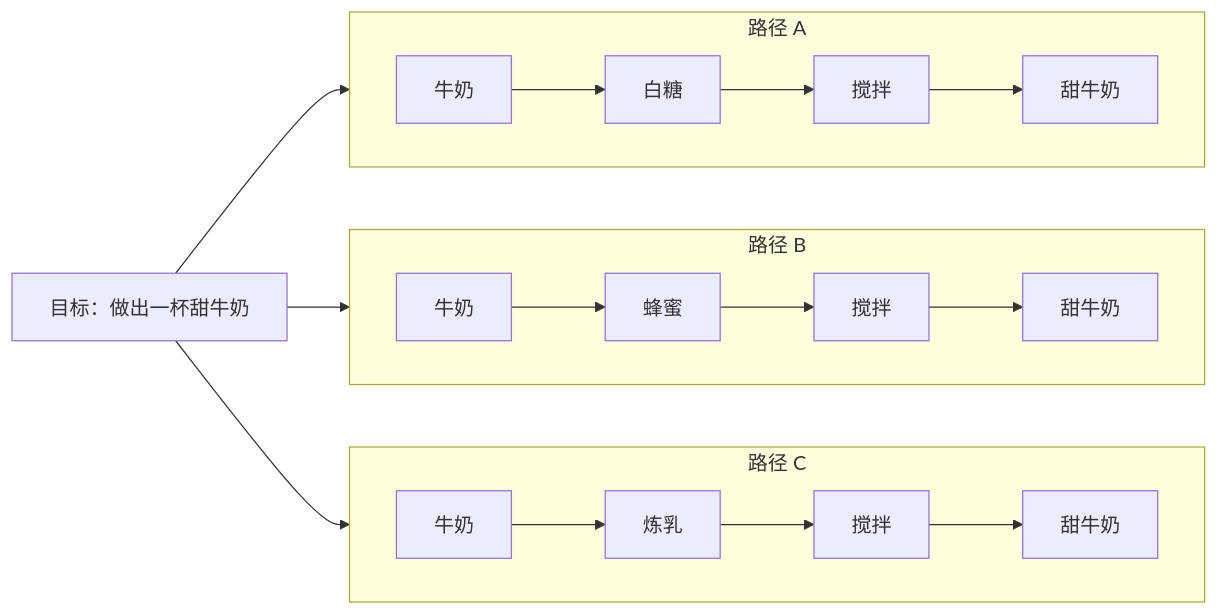
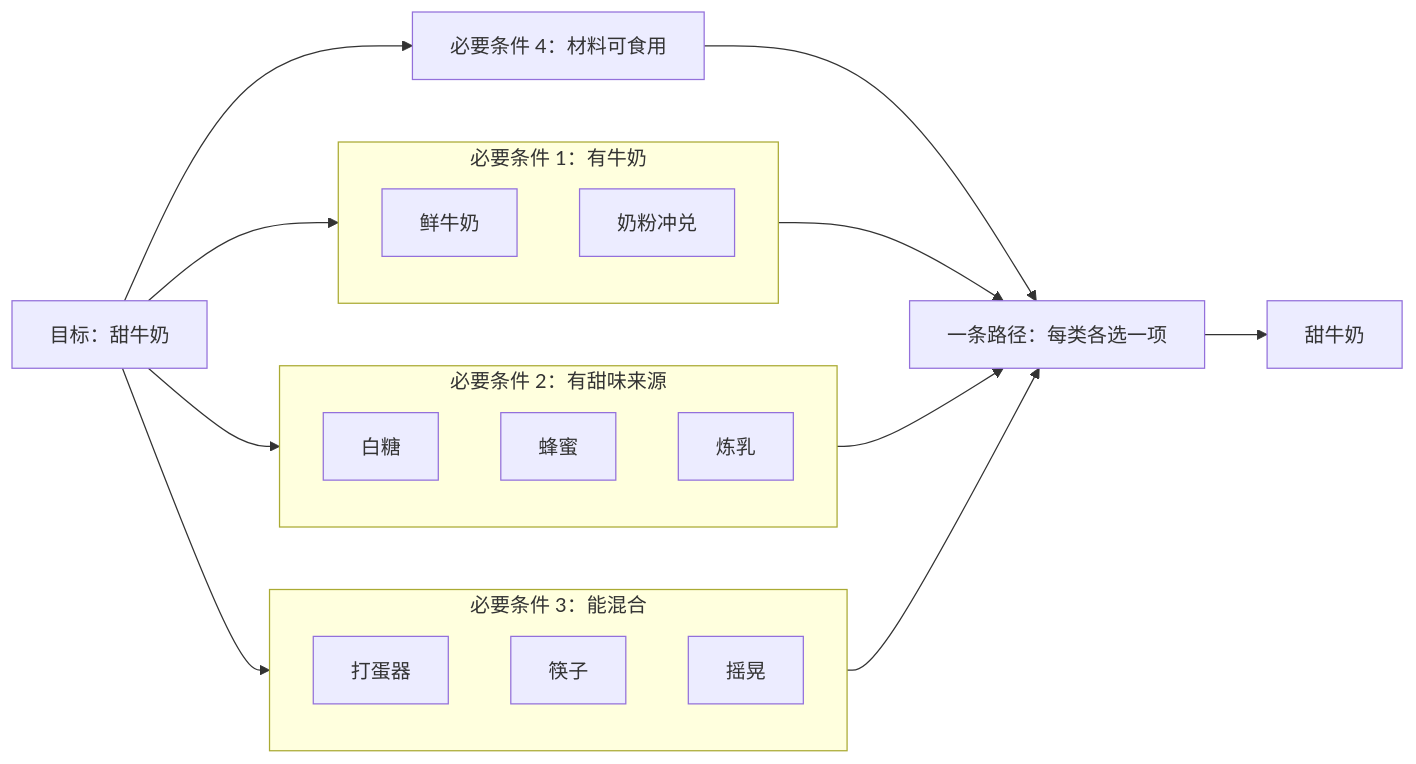
Before and after one commit to morewhyhan/Ignite: the second of 2 diagrams in docs/GOAL.md, drawn with Mermaid. The commit also changed other lines of this file and 2 other files, not shown here.

````diff
--- a/docs/GOAL.md
+++ b/docs/GOAL.md
@@ -141,19 +154,31 @@
 ```mermaid
 flowchart LR
-  G["目标：做出一杯甜牛奶"]
-  subgraph PA["路径 A"]
-    direction LR
-    A1["牛奶"] --> A2["白糖"] --> A3["搅拌"] --> AR["甜牛奶"]
+  G["目标：甜牛奶"]
+  subgraph C1["必要条件 1：有牛奶"]
+    direction TB
+    C1a["鲜牛奶"]
+    C1b["奶粉冲兑"]
   end
-  subgraph PB["路径 B"]
-    direction LR
-    B1["牛奶"] --> B2["蜂蜜"] --> B3["搅拌"] --> BR["甜牛奶"]
+  subgraph C2["必要条件 2：有甜味来源"]
+    direction TB
+    C2a["白糖"]
+    C2b["蜂蜜"]
+    C2c["炼乳"]
   end
-  subgraph PC["路径 C"]
-    direction LR
-    C1["牛奶"] --> C2["炼乳"] --> C3["搅拌"] --> CR["甜牛奶"]
+  subgraph C3["必要条件 3：能混合"]
+    direction TB
+    C3a["打蛋器"]
+    C3b["筷子"]
+    C3c["摇晃"]
   end
-  G --> PA
-  G --> PB
-  G --> PC
+  C4["必要条件 4：材料可食用"]
+  G --> C1
+  G --> C2
+  G --> C3
+  G --> C4
+  C1 --> P["一条路径：每类各选一项"]
+  C2 --> P
+  C3 --> P
+  C4 --> P
+  P --> R["甜牛奶"]
 ```
````
